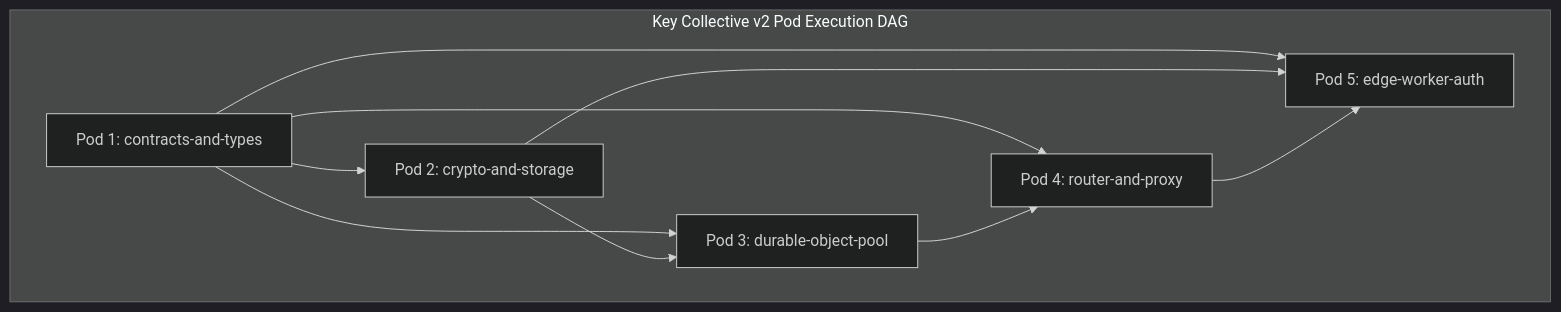
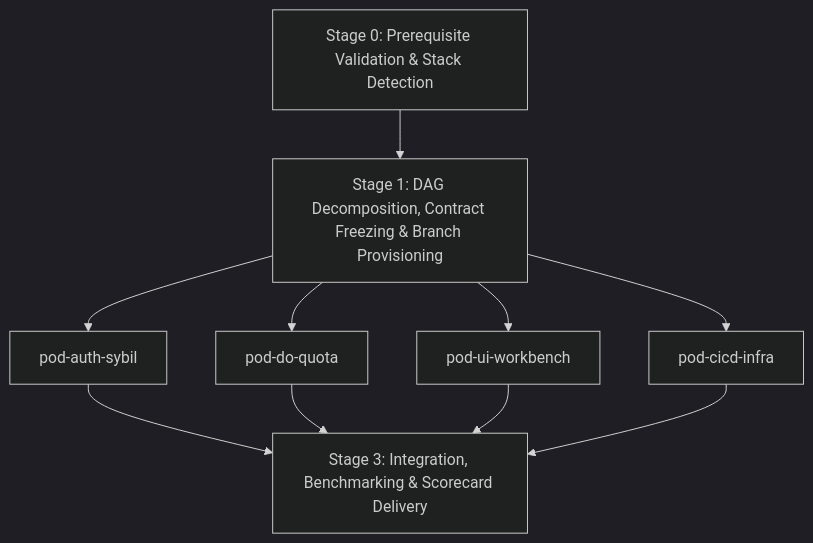
The diagram in docs/execution_dag.mmd (Axe-08/Key-Collective), drawn with Mermaid (dark theme) before and after one commit. The commit also changed 14 other files, not shown here.

Commit message:
chore(docs) execution_dag update

```diff
--- a/docs/execution_dag.mmd
+++ b/docs/execution_dag.mmd
@@ -1,18 +1,11 @@
-graph TD
-    subgraph Key Collective v2 Pod Execution DAG
-        P1[Pod 1: contracts-and-types]
-        P2[Pod 2: crypto-and-storage]
-        P3[Pod 3: durable-object-pool]
-        P4[Pod 4: router-and-proxy]
-        P5[Pod 5: edge-worker-auth]
-
-        P1 --> P2
-        P1 --> P3
-        P1 --> P4
-        P1 --> P5
-
-        P2 --> P3
-        P3 --> P4
-        P2 --> P5
-        P4 --> P5
-    end
+flowchart TD
+    S0[Stage 0: Prerequisite Validation & Stack Detection] --> S1[Stage 1: DAG Decomposition, Contract Freezing & Branch Provisioning]
+    S1 --> P1[pod-auth-sybil]
+    S1 --> P2[pod-do-quota]
+    S1 --> P3[pod-ui-workbench]
+    S1 --> P4[pod-cicd-infra]
+    
+    P1 --> S3[Stage 3: Integration, Benchmarking & Scorecard Delivery]
+    P2 --> S3
+    P3 --> S3
+    P4 --> S3
```
